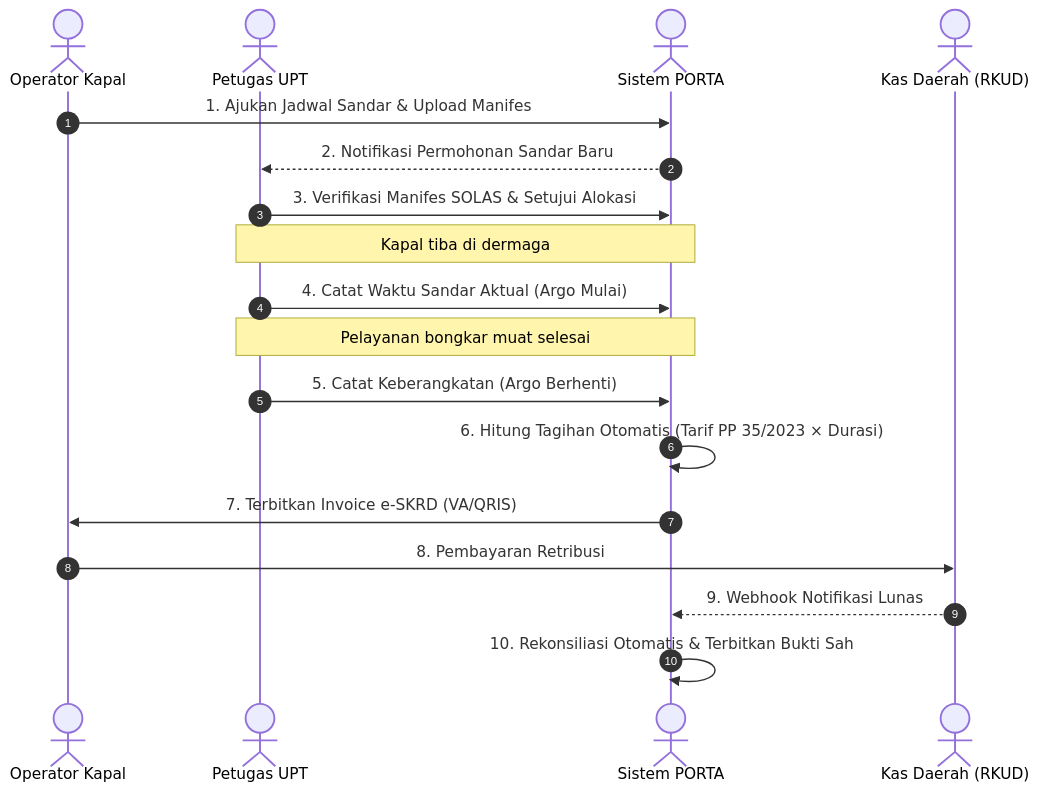
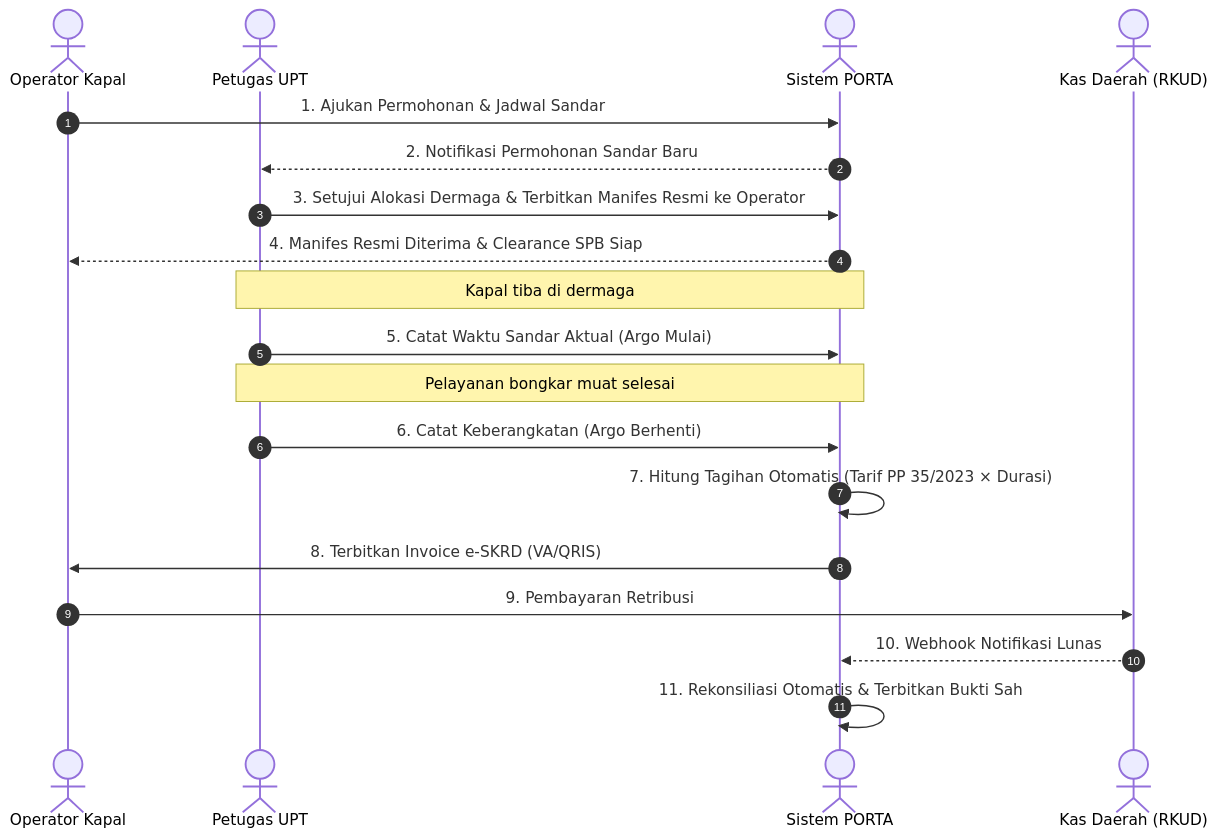
The diagram in .agent/skills/porta/SKILL.md (Jonanda27/porta-fe), drawn with Mermaid before and after one commit. The commit also changed other lines of this file and 118 other files, not shown here.

````diff
--- a/.agent/skills/porta/SKILL.md
+++ b/.agent/skills/porta/SKILL.md
@@ -59,21 +59,22 @@
 ```mermaid
 sequenceDiagram
     autonumber
     actor Operator as Operator Kapal
     actor UPT as Petugas UPT
     actor System as Sistem PORTA
     actor KasDaerah as Kas Daerah (RKUD)
 
-    Operator->>System: 1. Ajukan Jadwal Sandar & Upload Manifes
+    Operator->>System: 1. Ajukan Permohonan & Jadwal Sandar
     System-->>UPT: 2. Notifikasi Permohonan Sandar Baru
-    UPT->>System: 3. Verifikasi Manifes SOLAS & Setujui Alokasi
+    UPT->>System: 3. Setujui Alokasi Dermaga & Terbitkan Manifes Resmi ke Operator
+    System-->>Operator: 4. Manifes Resmi Diterima & Clearance SPB Siap
     Note over UPT,System: Kapal tiba di dermaga
-    UPT->>System: 4. Catat Waktu Sandar Aktual (Argo Mulai)
+    UPT->>System: 5. Catat Waktu Sandar Aktual (Argo Mulai)
     Note over UPT,System: Pelayanan bongkar muat selesai
-    UPT->>System: 5. Catat Keberangkatan (Argo Berhenti)
-    System->>System: 6. Hitung Tagihan Otomatis (Tarif PP 35/2023 × Durasi)
-    System->>Operator: 7. Terbitkan Invoice e-SKRD (VA/QRIS)
-    Operator->>KasDaerah: 8. Pembayaran Retribusi
-    KasDaerah-->>System: 9. Webhook Notifikasi Lunas
-    System->>System: 10. Rekonsiliasi Otomatis & Terbitkan Bukti Sah
+    UPT->>System: 6. Catat Keberangkatan (Argo Berhenti)
+    System->>System: 7. Hitung Tagihan Otomatis (Tarif PP 35/2023 × Durasi)
+    System->>Operator: 8. Terbitkan Invoice e-SKRD (VA/QRIS)
+    Operator->>KasDaerah: 9. Pembayaran Retribusi
+    KasDaerah-->>System: 10. Webhook Notifikasi Lunas
+    System->>System: 11. Rekonsiliasi Otomatis & Terbitkan Bukti Sah
 ```
````
